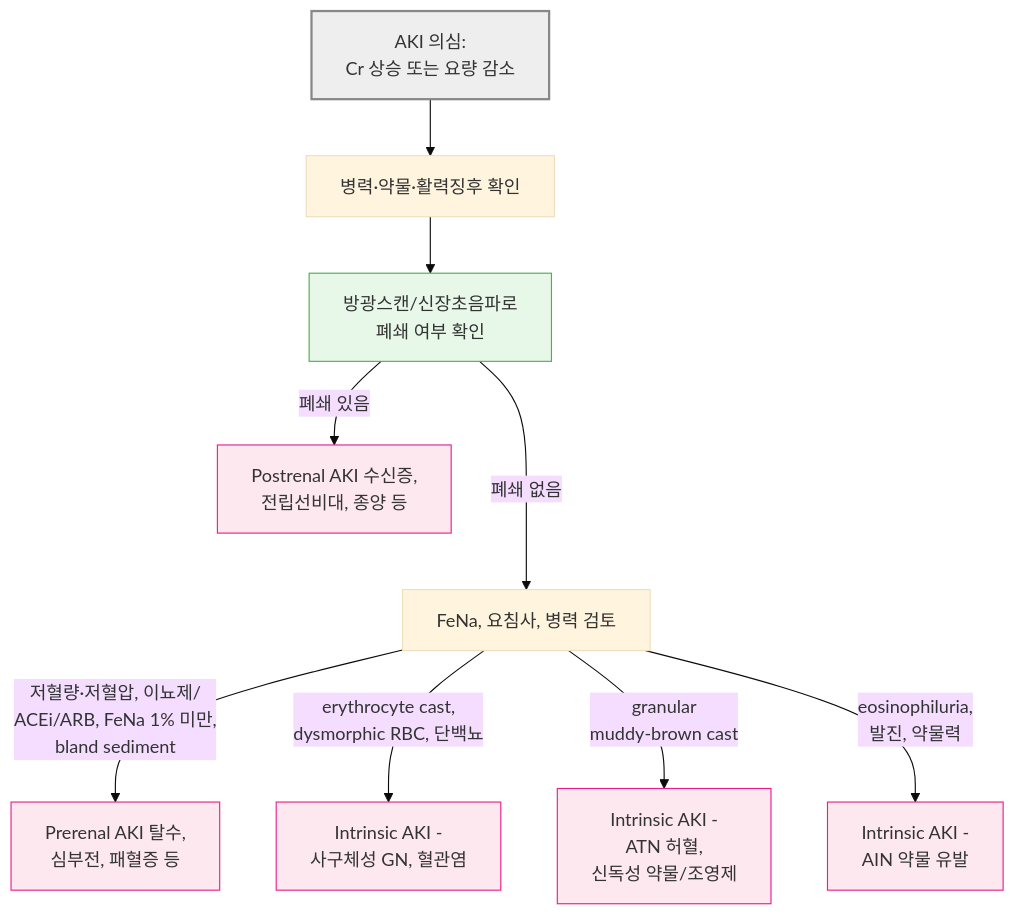
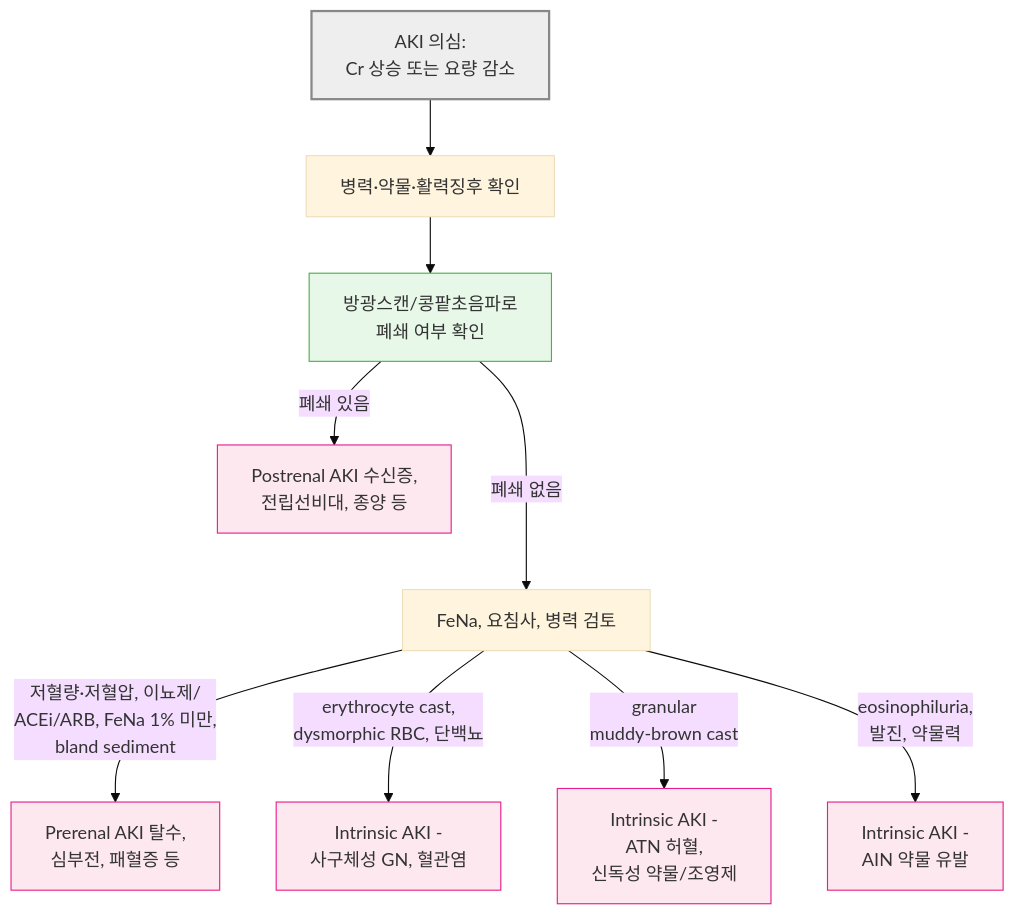
The diagram in 227_/109_.md (familyoh77/familyoh77), drawn with Mermaid (base theme) before and after one commit. The commit also changed other lines of this file and 2 other files, not shown here.

````diff
--- a/227_/109_.md
+++ b/227_/109_.md
@@ -54,17 +54,17 @@
 ```mermaid
 graph TD
     Start[AKI 의심: <br/>Cr 상승 또는 요량 감소] --> A[병력·약물·활력징후 확인]
-    A --> B[방광스캔/신장초음파로<br/> 폐쇄 여부 확인]
+    A --> B[방광스캔/콩팥초음파로<br/> 폐쇄 여부 확인]
     B -->|폐쇄 있음| Post[Postrenal AKI 수신증, <br/>전립선비대, 종양 등]
     B --->|폐쇄 없음| C[FeNa, 요침사, 병력 검토]
     C -->|저혈량·저혈압, 이뇨제/<br/>ACEi/ARB, FeNa 1% 미만, <br/>bland sediment| Pre[Prerenal AKI 탈수, <br/>심부전, 패혈증 등]
     C -->|erythrocyte cast, <br/>dysmorphic RBC, 단백뇨| Int1[Intrinsic AKI - <br/>사구체성 GN, 혈관염]
     C -->|granular <br/>muddy-brown cast| Int2[Intrinsic AKI - <br/>ATN 허혈, <br/>신독성 약물/조영제]
     C -->|eosinophiluria, <br/>발진, 약물력| Int3[Intrinsic AKI - <br/>AIN 약물 유발]
 
 
 style Start fill:#eeeeee,stroke:#888888,stroke-width:2px
 style B fill:#e8f8e8,stroke:#4caf50
 classDef pink fill:#fde8f0,stroke:#e91e8c
 class Post,Pre,Int1,Int2,Int3 pink
 ```
````
